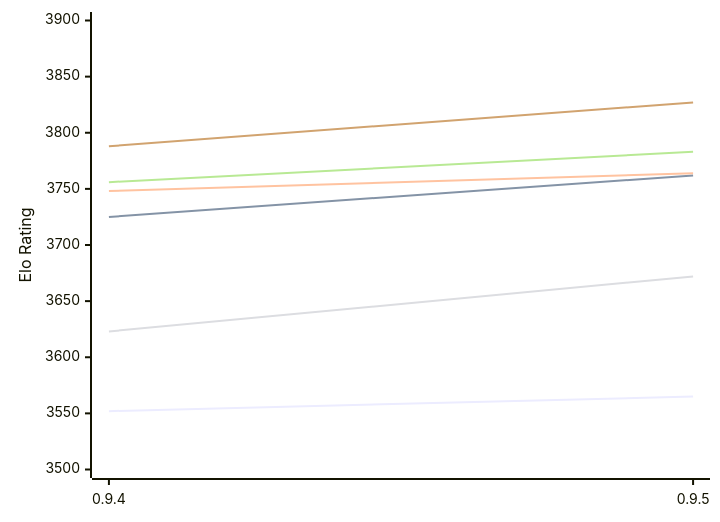
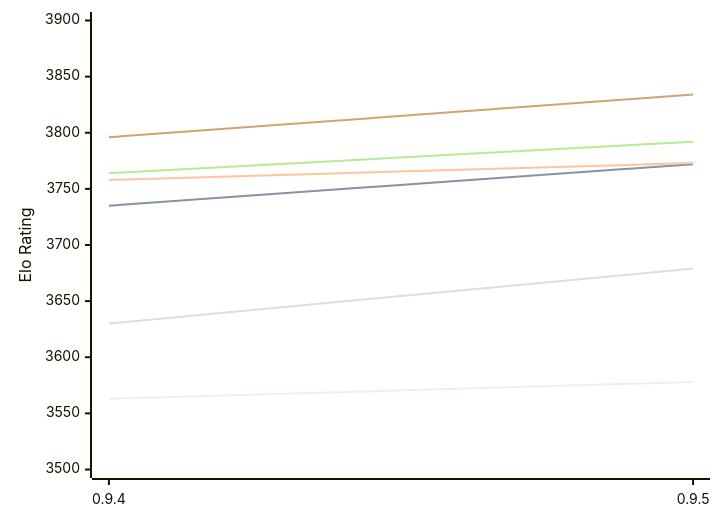
The first of 2 diagrams in engines/Coda.md (computer-chess-index/cci), drawn with Mermaid before and after one commit. The commit also changed other lines of this file, not shown here.

Commit message:
Update CCI Ratings (ELO VLTC) - 2026-10-25

````diff
--- a/engines/Coda.md
+++ b/engines/Coda.md
@@ -52,12 +52,12 @@
 ```mermaid
 %%{init: {"theme":"base","themeVariables":{"seriesColors:['#a3a3a3','#222221','#faa371']}}}%%
 xychart-beta
   x-axis ["0.9.4", "0.9.5"]
   y-axis "Elo Rating" 3500 --> 3900
-  line "E1: STC (8.0+0.08s)" [3552, 3565]
-  line "E1: LTC (60.0+0.60s)" [3725, 3762]
-  line "E1: VLTC (2m24s+1.12s)" [3748, 3764]
-  line "P1: STC (8.0+0.08s)" [3623, 3672]
-  line "P1: LTC (60.0+0.60s)" [3756, 3783]
-  line "P1: VLTC (2m24s+1.12s)" [3788, 3827]
+  line "E1: STC (8.0+0.08s)" [3563, 3578]
+  line "E1: LTC (60.0+0.60s)" [3735, 3772]
+  line "E1: VLTC (2m24s+1.12s)" [3758, 3773]
+  line "P1: STC (8.0+0.08s)" [3630, 3679]
+  line "P1: LTC (60.0+0.60s)" [3764, 3792]
+  line "P1: VLTC (2m24s+1.12s)" [3796, 3834]
 ```
````
